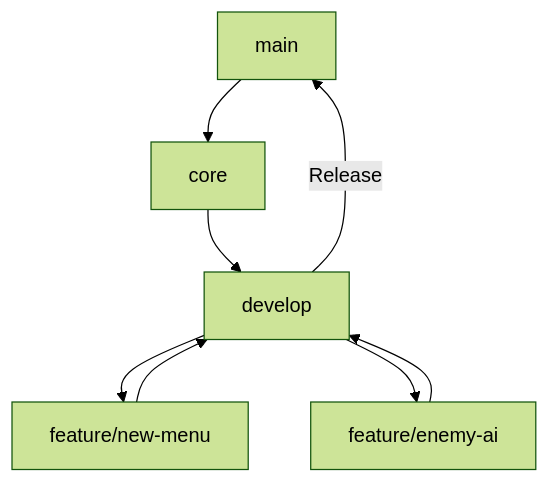
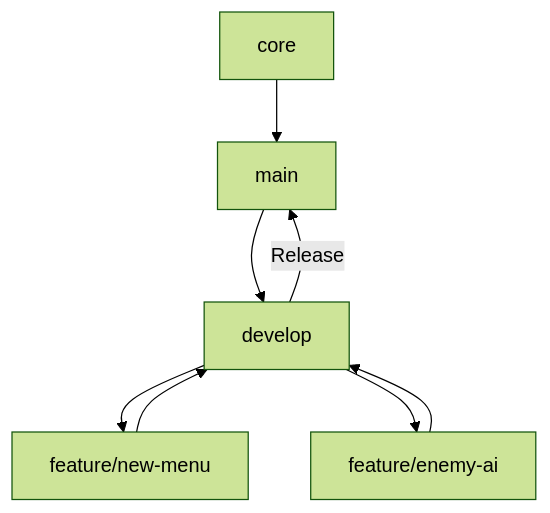
Before and after one commit to valdecidanilo/BetForge: the diagram in README.md, drawn with Mermaid (forest theme).

````diff
--- a/README.md
+++ b/README.md
@@ -33,10 +33,10 @@
 ```mermaid
 graph TD
-    A[main] --> B[core]
+    A[core] --> B[main]
     B --> C[develop]
     C --> D[feature/new-menu]
     C --> E[feature/enemy-ai]
     D --> C
     E --> C
-    C -->|Release| A
+    C -->|Release| B
 ```
````
